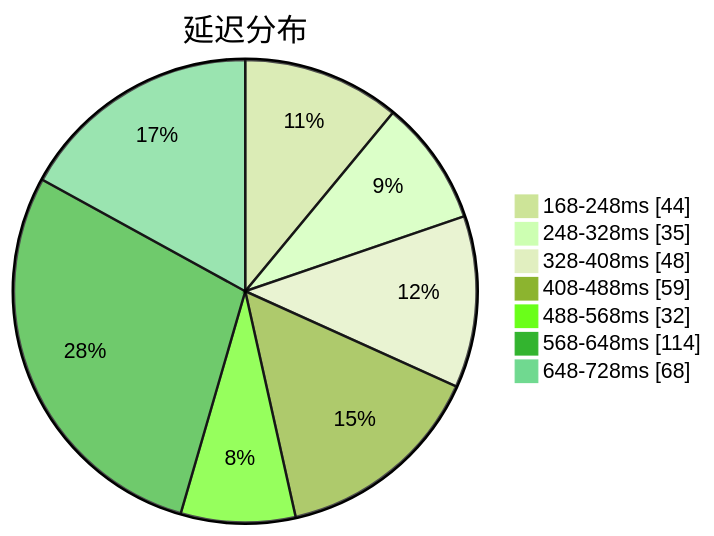
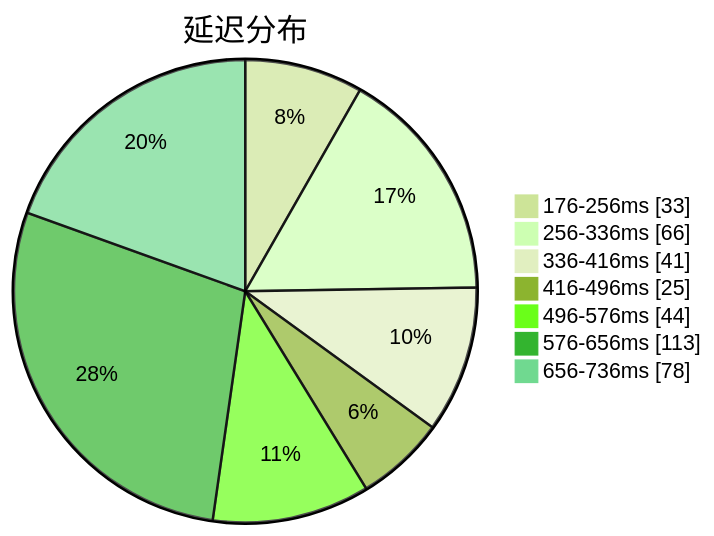
The first of 3 diagrams in subs/statistics/tested_within.md (qjlxg/airport), drawn with Mermaid (forest theme) before and after one commit. The commit also changed other lines of this file and 2 other files, not shown here.

````diff
--- a/subs/statistics/tested_within.md
+++ b/subs/statistics/tested_within.md
@@ -2,11 +2,11 @@
 ```mermaid
 pie showData
 title 延迟分布
-"168-248ms" : 44
-"248-328ms" : 35
-"328-408ms" : 48
-"408-488ms" : 59
-"488-568ms" : 32
-"568-648ms" : 114
-"648-728ms" : 68
+"176-256ms" : 33
+"256-336ms" : 66
+"336-416ms" : 41
+"416-496ms" : 25
+"496-576ms" : 44
+"576-656ms" : 113
+"656-736ms" : 78
 ```
````
